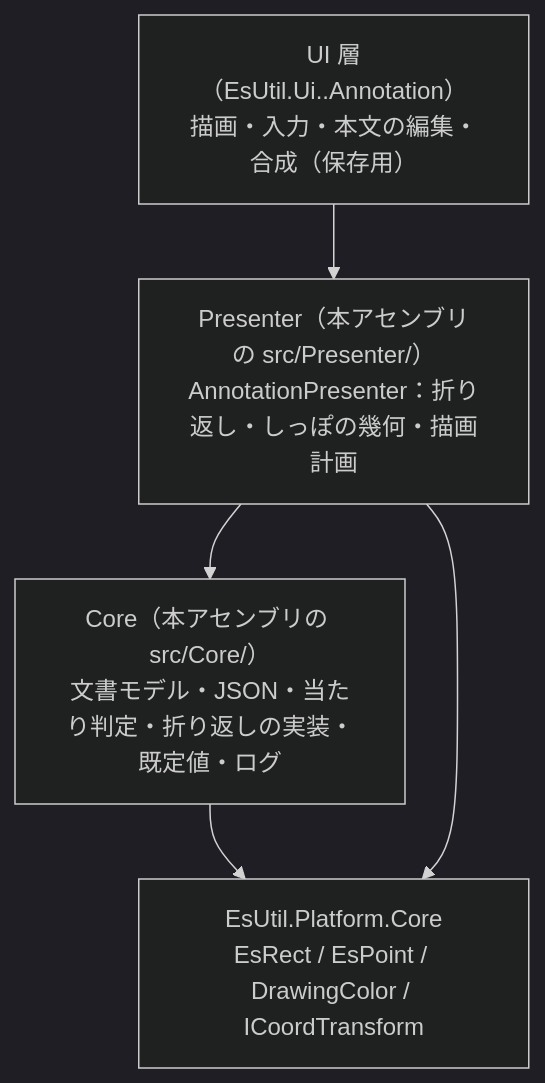
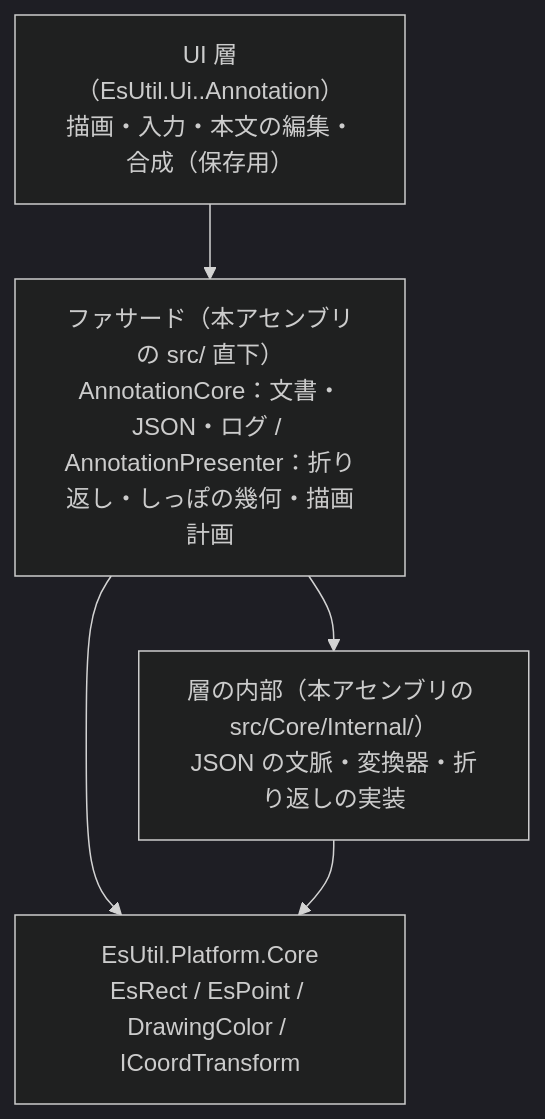
Before and after one commit to tomokuni/EsUtil: the diagram in EsUtil/Feature.Annotation.Core/docs/SPEC_System.md, drawn with Mermaid (dark theme). The commit also changed other lines of this file and 192 other files, not shown here.

````diff
--- a/EsUtil/Feature.Annotation.Core/docs/SPEC_System.md
+++ b/EsUtil/Feature.Annotation.Core/docs/SPEC_System.md
@@ -34,10 +34,11 @@
 ```mermaid
 flowchart TB
     UI["UI 層（EsUtil.Ui.<UI>.Annotation）<br/>描画・入力・本文の編集・合成（保存用）"]
-    P["Presenter（本アセンブリの src/Presenter/）<br/>AnnotationPresenter：折り返し・しっぽの幾何・描画計画"]
-    C["Core（本アセンブリの src/Core/）<br/>文書モデル・JSON・当たり判定・折り返しの実装・既定値・ログ"]
+    F["ファサード（本アセンブリの src/ 直下）<br/>AnnotationCore：文書・JSON・ログ / AnnotationPresenter：折り返し・しっぽの幾何・描画計画"]
+    C["層の内部（本アセンブリの src/Core/Internal/）<br/>JSON の文脈・変換器・折り返しの実装"]
     PC["EsUtil.Platform.Core<br/>EsRect / EsPoint / DrawingColor / ICoordTransform"]
-    UI --> P --> C
+    UI --> F
+    F --> C
+    F --> PC
     C --> PC
-    P --> PC
 ```
````
